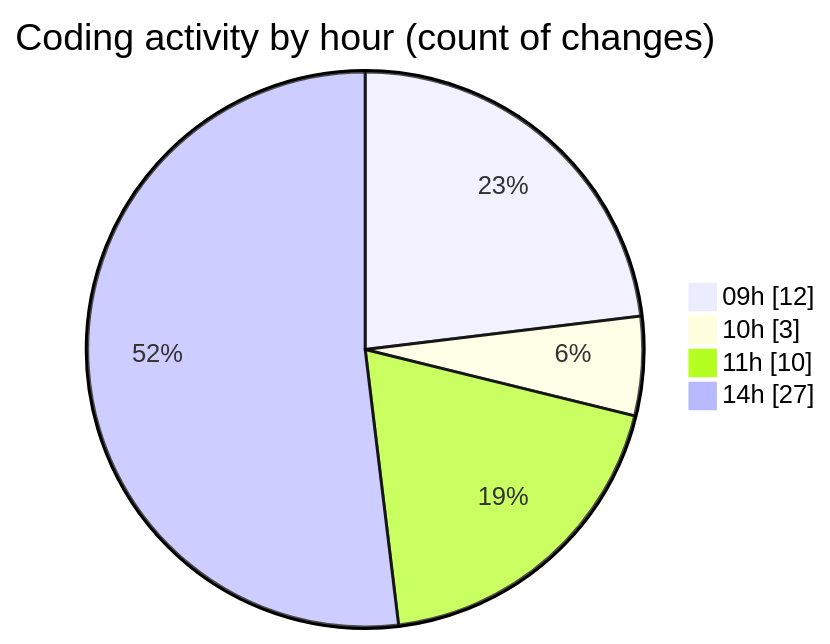
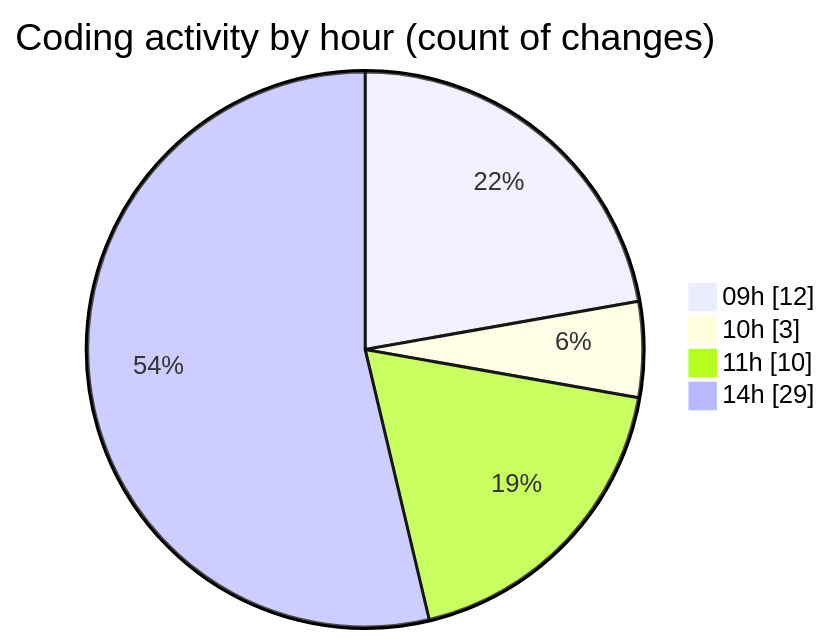
The second of 2 diagrams in 2025-03-08/myws__workspace_/README.md (MatusMokan/code-tracking), drawn with Mermaid before and after one commit. The commit also changed other lines of this file and 1 other file, not shown here.

````diff
--- a/2025-03-08/myws__workspace_/README.md
+++ b/2025-03-08/myws__workspace_/README.md
@@ -30,8 +31,8 @@
 ```mermaid
 pie showData
 title Coding activity by hour (count of changes)
 "09h" : 12
 "10h" : 3
 "11h" : 10
-"14h" : 27
+"14h" : 29
 ```
````
